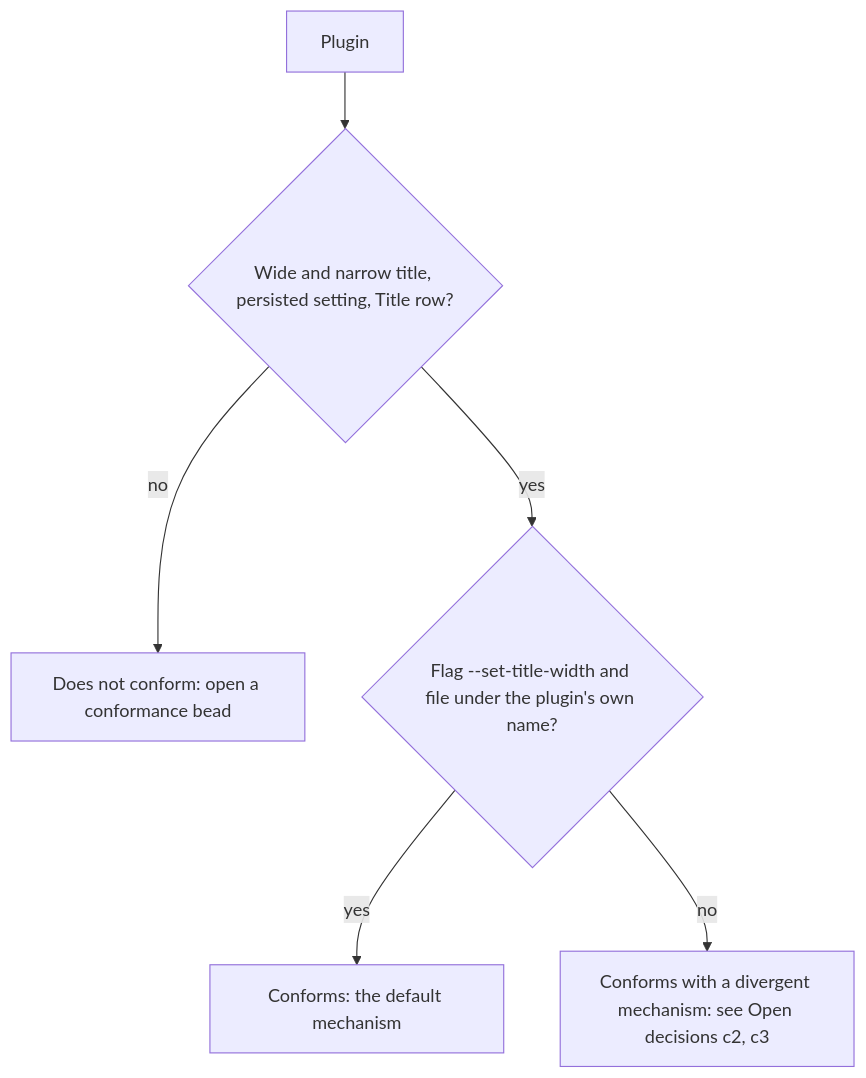
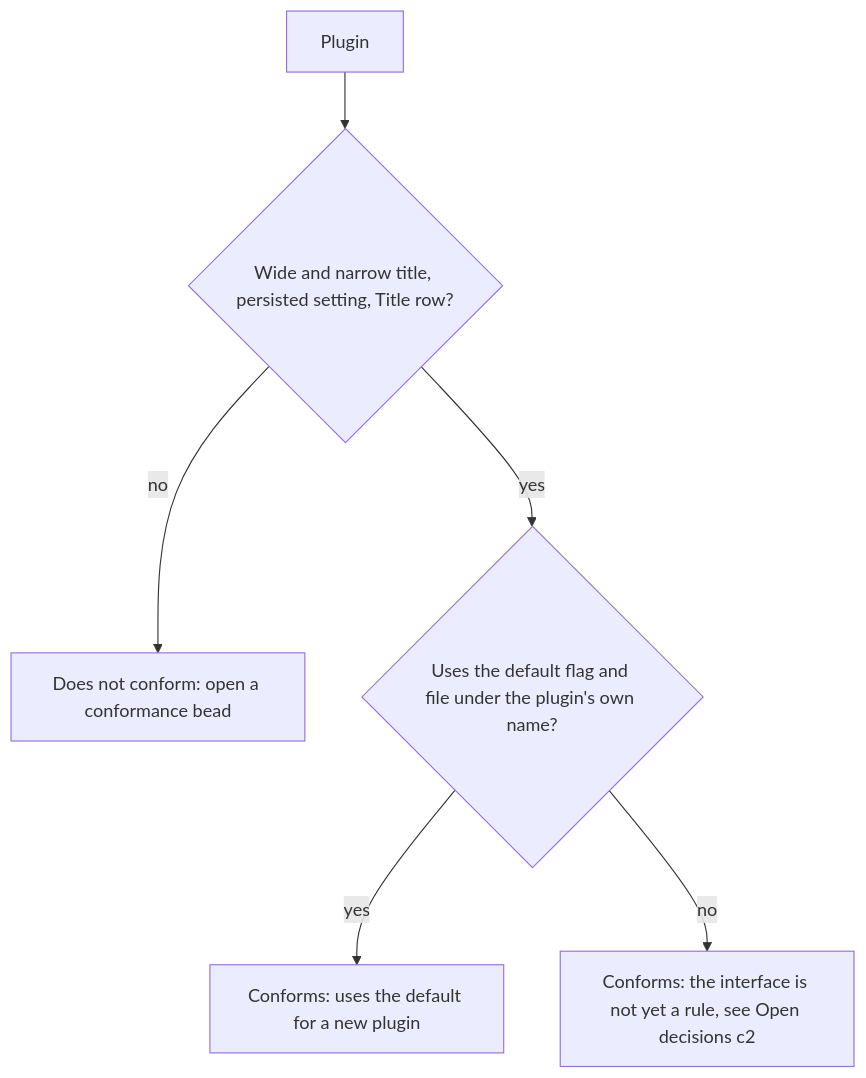
Before and after one commit to phillipgreenii/nix-repo-base: the third of 4 diagrams in docs/swiftbar-title-width.md, drawn with Mermaid. The commit also changed other lines of this file and 1 other file, not shown here.

First line of the commit message:
docs: SwiftBar title-width flag and file are the new-plugin default, not a rule (c3 closed)

````diff
--- a/docs/swiftbar-title-width.md
+++ b/docs/swiftbar-title-width.md
@@ -234,8 +236,8 @@
 ```mermaid
 flowchart TD
   P["Plugin"] --> Q1{"Wide and narrow title, persisted setting, Title row?"}
   Q1 -->|"no"| NC["Does not conform: open a conformance bead"]
-  Q1 -->|"yes"| Q2{"Flag --set-title-width and file under the plugin's own name?"}
-  Q2 -->|"yes"| C["Conforms: the default mechanism"]
-  Q2 -->|"no"| D["Conforms with a divergent mechanism: see Open decisions c2, c3"]
+  Q1 -->|"yes"| Q2{"Uses the default flag and file under the plugin's own name?"}
+  Q2 -->|"yes"| C["Conforms: uses the default for a new plugin"]
+  Q2 -->|"no"| D["Conforms: the interface is not yet a rule, see Open decisions c2"]
 ```
````
